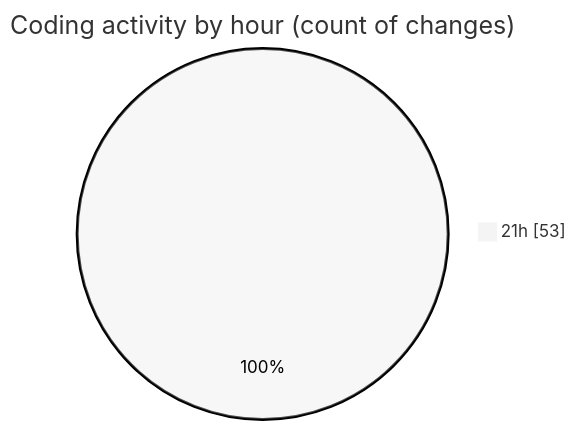
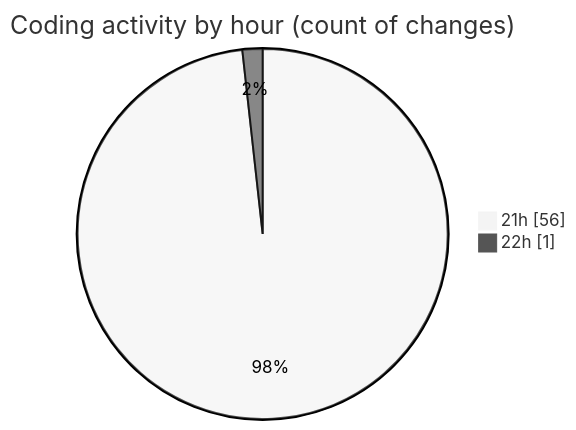
Before and after one commit to Netris89/code-tracking: the second of 2 diagrams in 2025-03-26/echo/README.md, drawn with Mermaid (neutral theme). The commit also changed other lines of this file and 1 other file, not shown here.

````diff
--- a/2025-03-26/echo/README.md
+++ b/2025-03-26/echo/README.md
@@ -34,5 +34,6 @@
 ```mermaid
 pie showData
 title Coding activity by hour (count of changes)
-"21h" : 53
+"21h" : 56
+"22h" : 1
 ```
````
